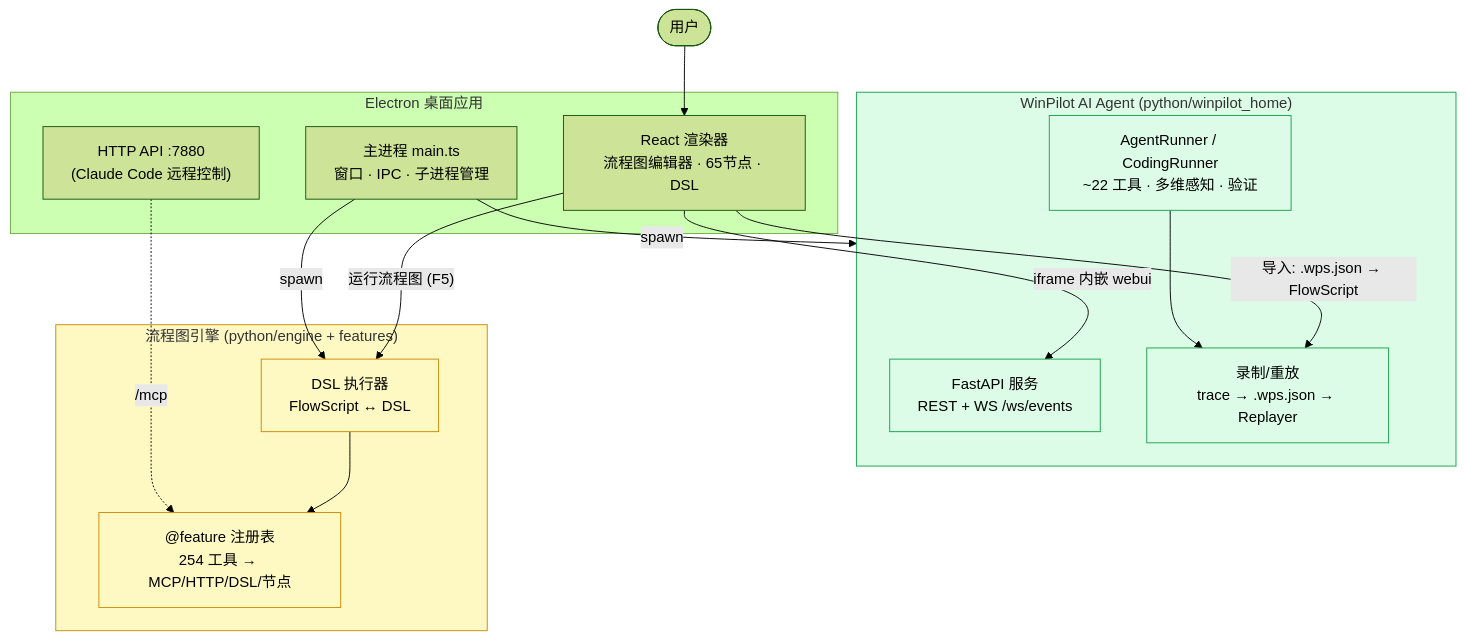
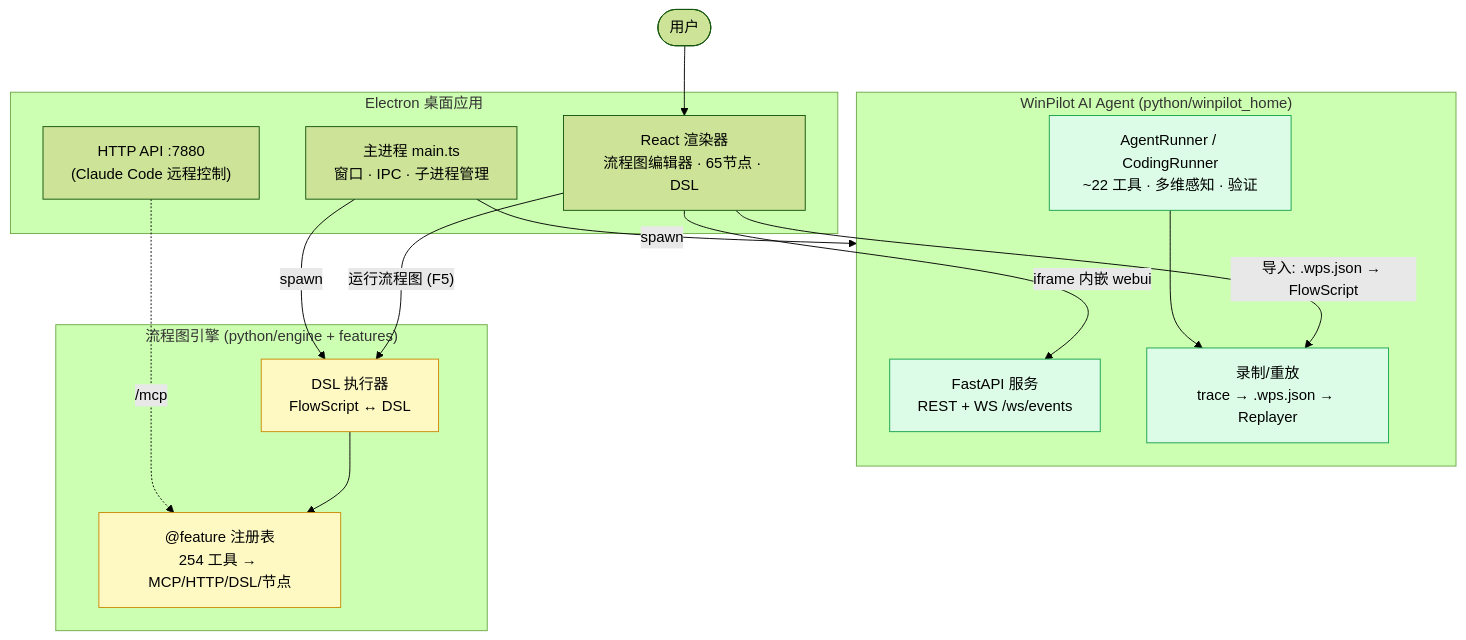
Before and after one commit to zoujiapeng/lingdong-script: the diagram in docs/README.md, drawn with Mermaid (forest theme). The commit also changed other lines of this file and 7 other files, not shown here.

First line of the commit message:
docs: fix Mermaid rendering on GitHub + add full architecture diagram + interview guide

````diff
--- a/docs/README.md
+++ b/docs/README.md
@@ -28,36 +29,36 @@
 ```mermaid
 flowchart TB
-    user([用户])
+    user(["用户"])
 
     subgraph electron["Electron 桌面应用"]
         renderer["React 渲染器<br/>流程图编辑器 · 65节点 · DSL"]
         main["主进程 main.ts<br/>窗口 · IPC · 子进程管理"]
         httpapi["HTTP API :7880<br/>(Claude Code 远程控制)"]
     end
 
     subgraph winpilot["WinPilot AI Agent (python/winpilot_home)"]
         wpserver["FastAPI 服务<br/>REST + WS /ws/events"]
         wploop["AgentRunner / CodingRunner<br/>~22 工具 · 多维感知 · 验证"]
         recorder["录制/重放<br/>trace → .wps.json → Replayer"]
     end
 
     subgraph legacy["流程图引擎 (python/engine + features)"]
         engine["DSL 执行器<br/>FlowScript ↔ DSL"]
         features["@feature 注册表<br/>254 工具 → MCP/HTTP/DSL/节点"]
     end
 
     user --> renderer
     renderer -- "iframe 内嵌 webui" --> wpserver
     renderer -- "导入: .wps.json → FlowScript" --> recorder
     renderer -- "运行流程图 (F5)" --> engine
     main -- "spawn" --> winpilot
     main -- "spawn" --> engine
     wploop --> recorder
     engine --> features
     httpapi -. "/mcp" .-> features
 
-    classDef live fill:#dcfce7,stroke:#16a34a;
-    classDef legacy fill:#fef9c3,stroke:#ca8a04;
-    class winpilot,wploop,recorder,wpserver live;
-    class legacy,engine,features legacy;
+    classDef liveNode fill:#dcfce7,stroke:#16a34a,color:#000;
+    classDef oldNode fill:#fef9c3,stroke:#ca8a04,color:#000;
+    class wpserver,wploop,recorder liveNode;
+    class engine,features oldNode;
 ```
````
